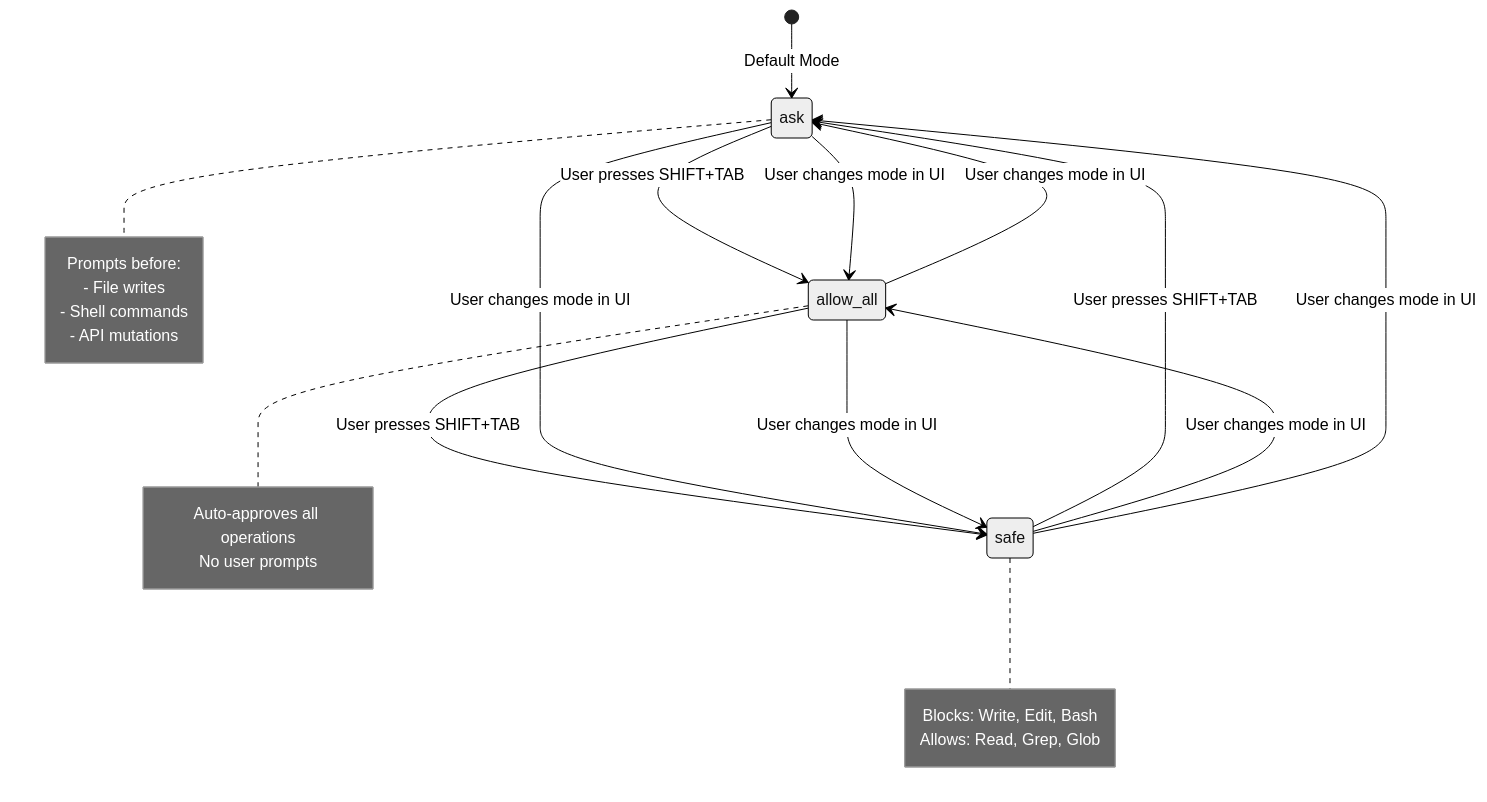
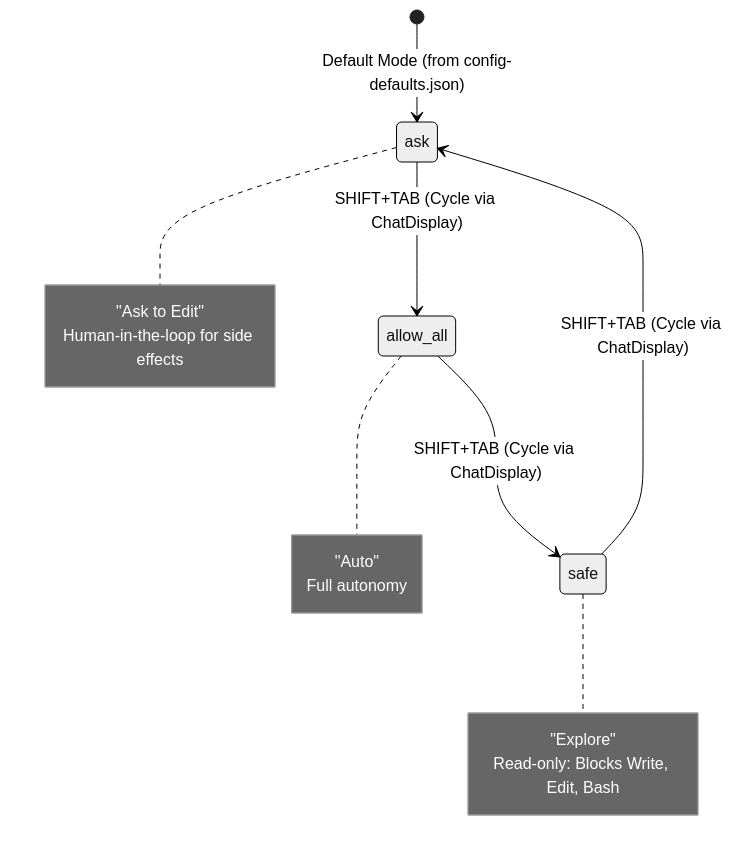
Before and after one commit to blackcater/zentree: the first of 3 diagrams in docs/lukilabs_craft-agents-oss/core-concepts/permission-system.md, drawn with Mermaid (neutral theme). The commit also changed other lines of this file and 232 other files, not shown here.

````diff
--- a/docs/lukilabs_craft-agents-oss/core-concepts/permission-system.md
+++ b/docs/lukilabs_craft-agents-oss/core-concepts/permission-system.md
@@ -36,33 +44,23 @@
 ```mermaid
 stateDiagram-v2
-    [*] --> ask: Default Mode
-
-    safe --> ask: User presses SHIFT+TAB
-    ask --> allow_all: User presses SHIFT+TAB
-    allow_all --> safe: User presses SHIFT+TAB
-
-    ask --> safe: User changes mode in UI
-    ask --> allow_all: User changes mode in UI
-    safe --> allow_all: User changes mode in UI
-
-    allow_all --> ask: User changes mode in UI
-    allow_all --> safe: User changes mode in UI
-    safe --> ask: User changes mode in UI
-
+    [*] --> ask: Default Mode (from config-defaults.json)
+    
+    safe --> ask: SHIFT+TAB (Cycle via ChatDisplay)
+    ask --> allow_all: SHIFT+TAB (Cycle via ChatDisplay)
+    allow_all --> safe: SHIFT+TAB (Cycle via ChatDisplay)
+    
     note right of safe
-        Blocks: Write, Edit, Bash
-        Allows: Read, Grep, Glob
+        "Explore"
+        Read-only: Blocks Write, Edit, Bash
     end note
-
+    
     note right of ask
-        Prompts before:
-        - File writes
-        - Shell commands
-        - API mutations
+        "Ask to Edit"
+        Human-in-the-loop for side effects
     end note
-
+    
     note right of allow_all
-        Auto-approves all operations
-        No user prompts
+        "Auto"
+        Full autonomy
     end note
 ```
````
